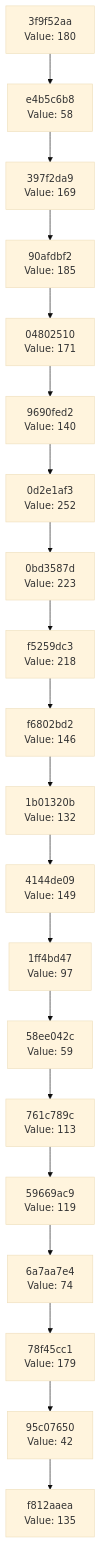
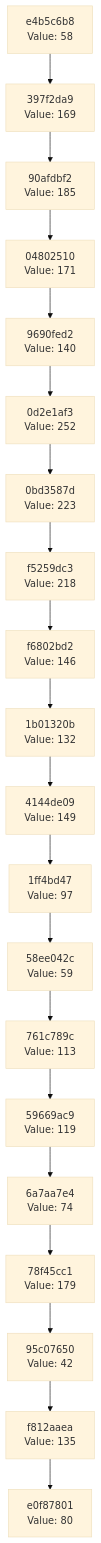
Before and after one commit to Abhisheksinha1506/hash-chain-evolver: the diagram in docs/CHAIN_VISUALIZATION.md, drawn with Mermaid (base theme). The commit also changed 3 other files, not shown here.

````diff
--- a/docs/CHAIN_VISUALIZATION.md
+++ b/docs/CHAIN_VISUALIZATION.md
@@ -3,42 +3,42 @@
 ```mermaid
 graph TD
-    C0["f812aaea<br/>Value: 135"]
-    C1["95c07650<br/>Value: 42"]
+    C0["e0f87801<br/>Value: 80"]
+    C1["f812aaea<br/>Value: 135"]
     C1 --> C0
-    C2["78f45cc1<br/>Value: 179"]
+    C2["95c07650<br/>Value: 42"]
     C2 --> C1
-    C3["6a7aa7e4<br/>Value: 74"]
+    C3["78f45cc1<br/>Value: 179"]
     C3 --> C2
-    C4["59669ac9<br/>Value: 119"]
+    C4["6a7aa7e4<br/>Value: 74"]
     C4 --> C3
-    C5["761c789c<br/>Value: 113"]
+    C5["59669ac9<br/>Value: 119"]
     C5 --> C4
-    C6["58ee042c<br/>Value: 59"]
+    C6["761c789c<br/>Value: 113"]
     C6 --> C5
-    C7["1ff4bd47<br/>Value: 97"]
+    C7["58ee042c<br/>Value: 59"]
     C7 --> C6
-    C8["4144de09<br/>Value: 149"]
+    C8["1ff4bd47<br/>Value: 97"]
     C8 --> C7
-    C9["1b01320b<br/>Value: 132"]
+    C9["4144de09<br/>Value: 149"]
     C9 --> C8
-    C10["f6802bd2<br/>Value: 146"]
+    C10["1b01320b<br/>Value: 132"]
     C10 --> C9
-    C11["f5259dc3<br/>Value: 218"]
+    C11["f6802bd2<br/>Value: 146"]
     C11 --> C10
-    C12["0bd3587d<br/>Value: 223"]
+    C12["f5259dc3<br/>Value: 218"]
     C12 --> C11
-    C13["0d2e1af3<br/>Value: 252"]
+    C13["0bd3587d<br/>Value: 223"]
     C13 --> C12
-    C14["9690fed2<br/>Value: 140"]
+    C14["0d2e1af3<br/>Value: 252"]
     C14 --> C13
-    C15["04802510<br/>Value: 171"]
+    C15["9690fed2<br/>Value: 140"]
     C15 --> C14
-    C16["90afdbf2<br/>Value: 185"]
+    C16["04802510<br/>Value: 171"]
     C16 --> C15
-    C17["397f2da9<br/>Value: 169"]
+    C17["90afdbf2<br/>Value: 185"]
     C17 --> C16
-    C18["e4b5c6b8<br/>Value: 58"]
+    C18["397f2da9<br/>Value: 169"]
     C18 --> C17
-    C19["3f9f52aa<br/>Value: 180"]
+    C19["e4b5c6b8<br/>Value: 58"]
     C19 --> C18
 ```
````
